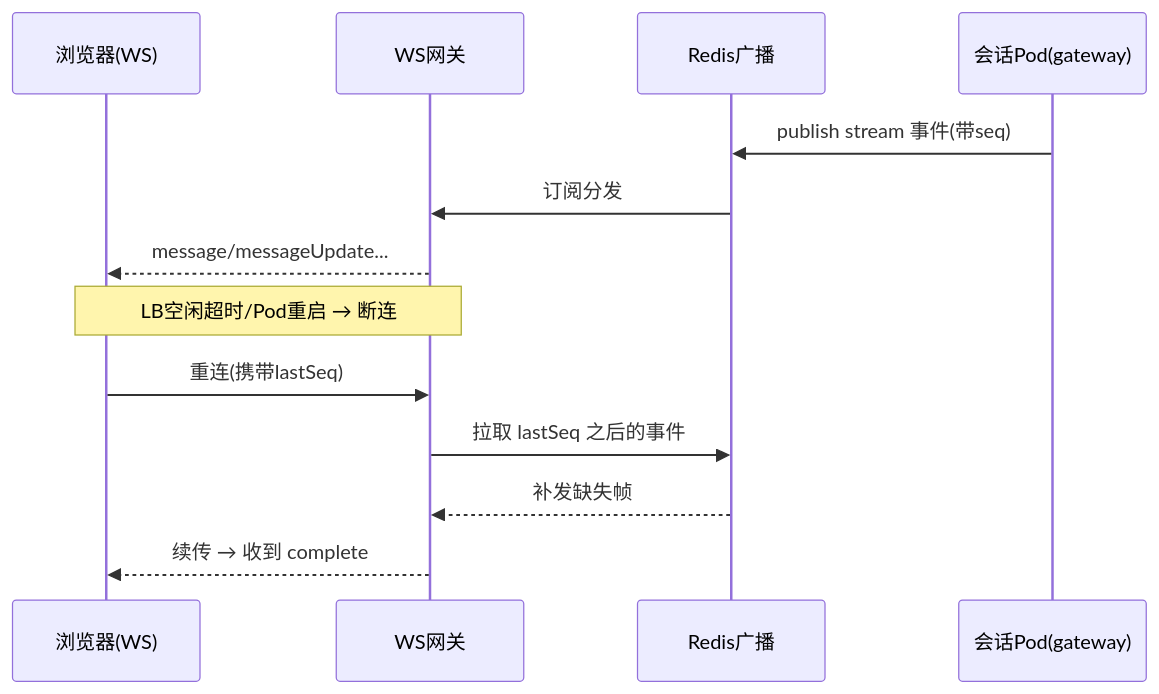
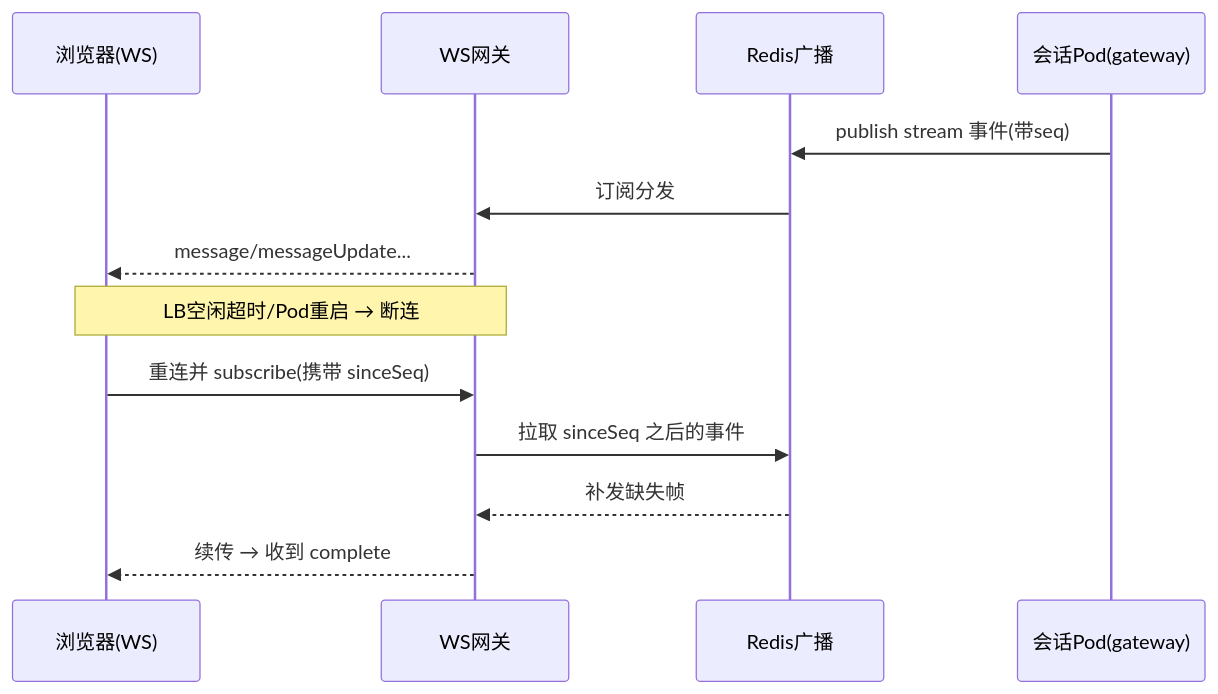
The fifth of 6 diagrams in 改造计划/18-风险登记册.md (edward-ng-duke/LobsterAI), drawn with Mermaid before and after one commit. The commit also changed other lines of this file and 27 other files, not shown here.

````diff
--- a/改造计划/18-风险登记册.md
+++ b/改造计划/18-风险登记册.md
@@ -245,15 +271,15 @@
 ```mermaid
 sequenceDiagram
     participant UI as 浏览器(WS)
     participant GW as WS网关
     participant R as Redis广播
     participant S as 会话Pod(gateway)
     S->>R: publish stream 事件(带seq)
     R->>GW: 订阅分发
     GW-->>UI: message/messageUpdate...
     Note over UI,GW: LB空闲超时/Pod重启 → 断连
-    UI->>GW: 重连(携带lastSeq)
-    GW->>R: 拉取 lastSeq 之后的事件
+    UI->>GW: 重连并 subscribe(携带 sinceSeq)
+    GW->>R: 拉取 sinceSeq 之后的事件
     R-->>GW: 补发缺失帧
     GW-->>UI: 续传 → 收到 complete
 ```
````
